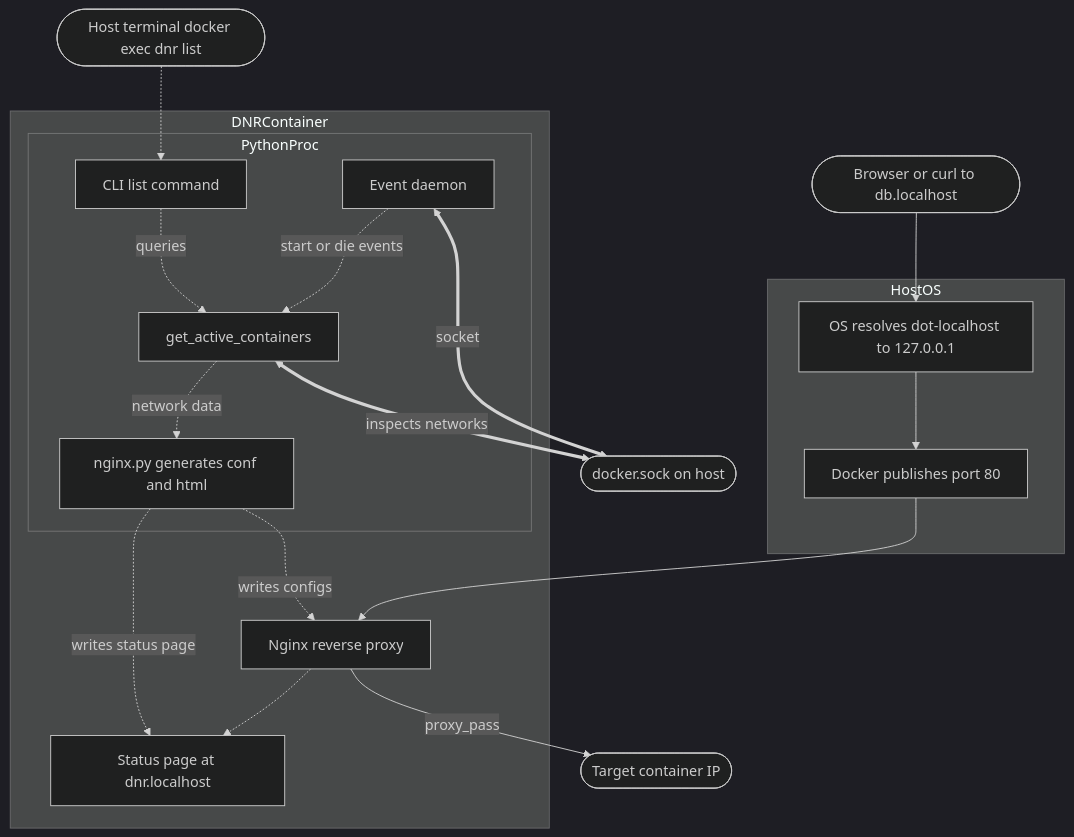
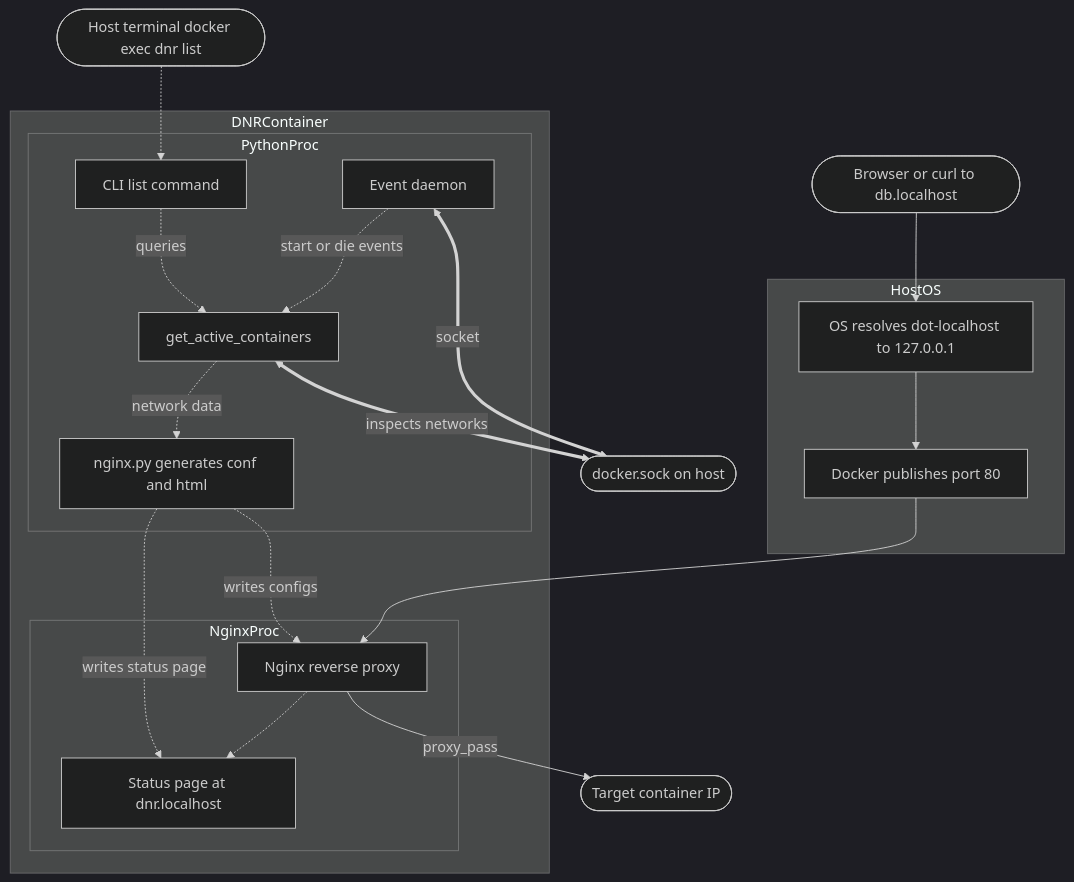
One commit to alexandre-slp/docker-name-resolver changed the diagram in README.md. Above: the diagram before and after it, drawn with Mermaid (dark theme).

Commit message:
docs: group nginx nodes in Mermaid subgraph

````diff
--- a/README.md
+++ b/README.md
@@ -48,35 +48,37 @@
 ```mermaid
 flowchart TD
     UserBrowser([Browser or curl to db.localhost]) --> ResolveLocalhost
     UserCLI([Host terminal docker exec dnr list]) -.-> DNR_CLI
 
     subgraph HostOS
         ResolveLocalhost[OS resolves dot-localhost to 127.0.0.1] --> PortMap[Docker publishes port 80]
     end
 
     PortMap --> NginxProxy
 
     subgraph DNRContainer
-        NginxProxy[Nginx reverse proxy]
-        StatusPage[Status page at dnr.localhost]
-        NginxProxy -.-> StatusPage
+        subgraph NginxProc
+            NginxProxy[Nginx reverse proxy]
+            StatusPage[Status page at dnr.localhost]
+            NginxProxy -.-> StatusPage
+        end
 
         subgraph PythonProc
             DNR_Daemon[Event daemon]
             TruthSource[get_active_containers]
             NginxManager[nginx.py generates conf and html]
             DNR_CLI[CLI list command]
         end
 
         DNR_Daemon -.->|start or die events| TruthSource
         TruthSource -.->|network data| NginxManager
         NginxManager -.->|writes configs| NginxProxy
         NginxManager -.->|writes status page| StatusPage
         DNR_CLI -.->|queries| TruthSource
     end
 
     DNR_Daemon <==>|socket| DockerSock([docker.sock on host])
     TruthSource <==>|inspects networks| DockerSock
 
     NginxProxy -->|proxy_pass| TargetIP([Target container IP])
 ```
````
